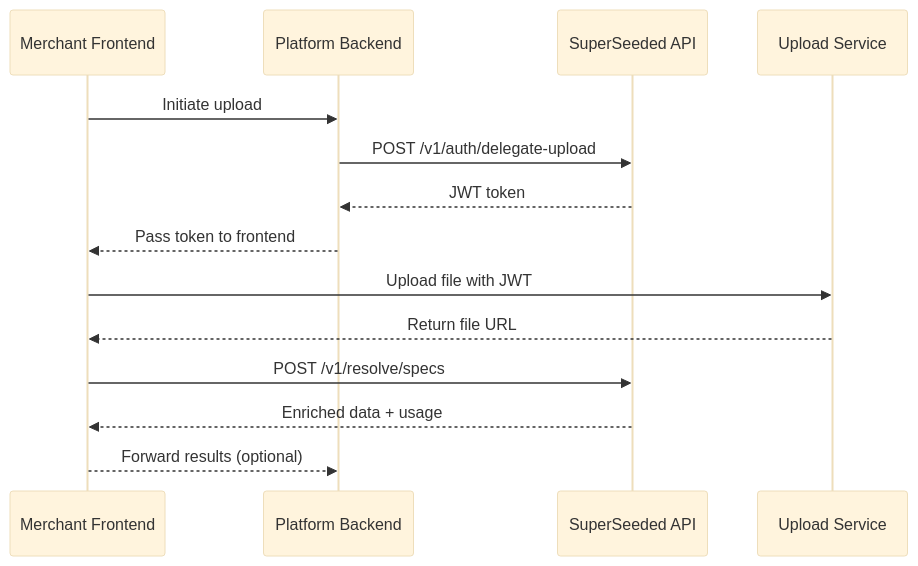
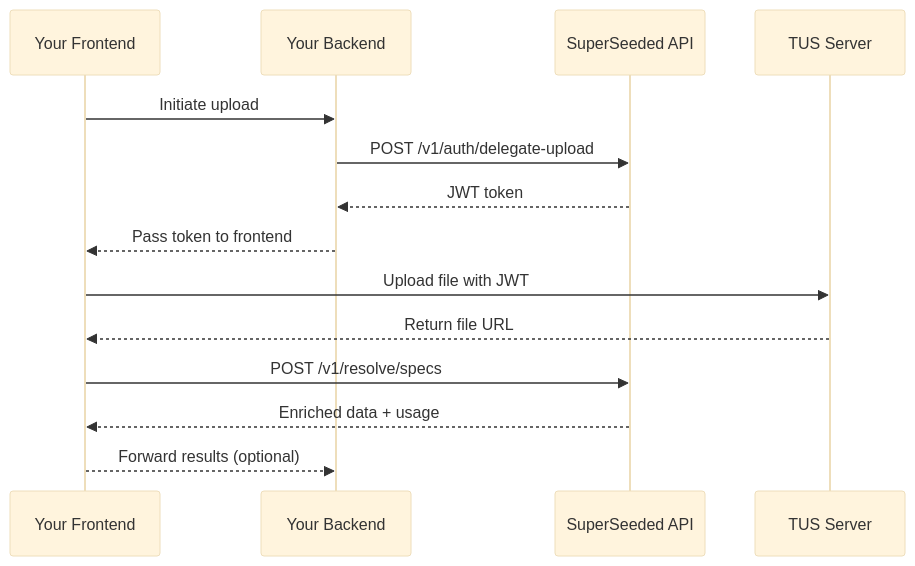
Before and after one commit to superseeded/docs: the diagram in platform-integration/overview.mdx, drawn with Mermaid (base theme). The commit also changed 1 other file, not shown here.

Commit message:
Enhance API documentation with platform integration details
- Added a new section in `introduction.mdx` for Teams plan users, detailing the use of delegation tokens for secure API key management and merchant-specific usage tracking.
- Updated the `platform-integration/overview.mdx` file to reflect changes in the sequence diagram, clarifying the roles of frontend and backend in the upload process.

````diff
--- a/platform-integration/overview.mdx
+++ b/platform-integration/overview.mdx
@@ -25,17 +25,17 @@
 ```mermaid
 sequenceDiagram
-    participant M as Merchant Frontend
-    participant P as Platform Backend
-    participant S as SuperSeeded API
-    participant U as Upload Service
-    
-    M->>P: Initiate upload
-    P->>S: POST /v1/auth/delegate-upload
-    S-->>P: JWT token
-    P-->>M: Pass token to frontend
-    M->>U: Upload file with JWT
-    U-->>M: Return file URL
-    M->>S: POST /v1/resolve/specs
-    S-->>M: Enriched data + usage
-    M-->>P: Forward results (optional)
+    participant F as Your Frontend
+    participant B as Your Backend
+    participant A as SuperSeeded API
+    participant T as TUS Server
+
+    F->>B: Initiate upload
+    B->>A: POST /v1/auth/delegate-upload
+    A-->>B: JWT token
+    B-->>F: Pass token to frontend
+    F->>T: Upload file with JWT
+    T-->>F: Return file URL
+    F->>A: POST /v1/resolve/specs
+    A-->>F: Enriched data + usage
+    F-->>B: Forward results (optional)
 ```
````
